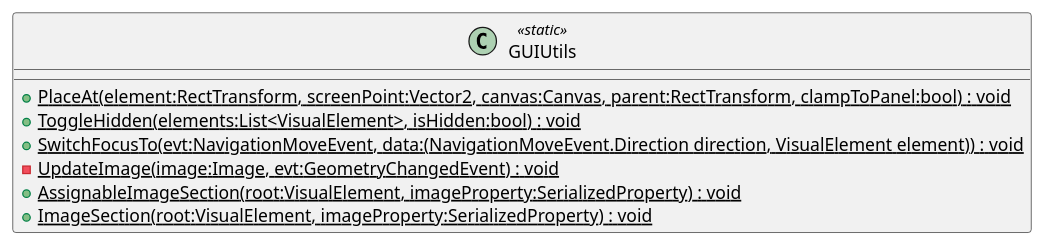
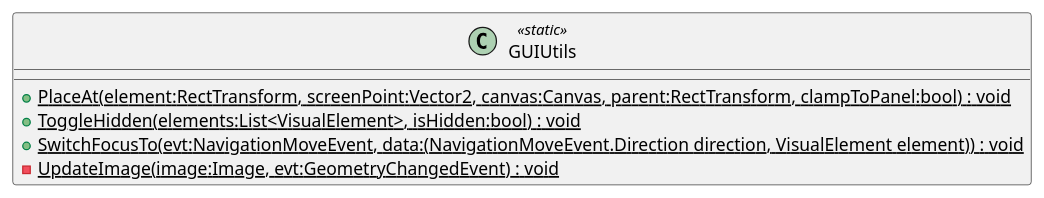
One commit to Ubus99/AVRO-Simulation changed the diagram in Assets/Documentation/UML/Scripts/UI/GUIUtils.puml. Above: the diagram before and after it, drawn with PlantUML. The commit also changed 105 other files, not shown here.

```diff
--- a/Assets/Documentation/UML/Scripts/UI/GUIUtils.puml
+++ b/Assets/Documentation/UML/Scripts/UI/GUIUtils.puml
@@ -1,10 +1,8 @@
 @startuml
 class GUIUtils <<static>> {
     + {static} PlaceAt(element:RectTransform, screenPoint:Vector2, canvas:Canvas, parent:RectTransform, clampToPanel:bool) : void
     + {static} ToggleHidden(elements:List<VisualElement>, isHidden:bool) : void
     + {static} SwitchFocusTo(evt:NavigationMoveEvent, data:(NavigationMoveEvent.Direction direction, VisualElement element)) : void
     {static} - UpdateImage(image:Image, evt:GeometryChangedEvent) : void
-    + {static} AssignableImageSection(root:VisualElement, imageProperty:SerializedProperty) : void
-    + {static} ImageSection(root:VisualElement, imageProperty:SerializedProperty) : void
 }
 @enduml
```
